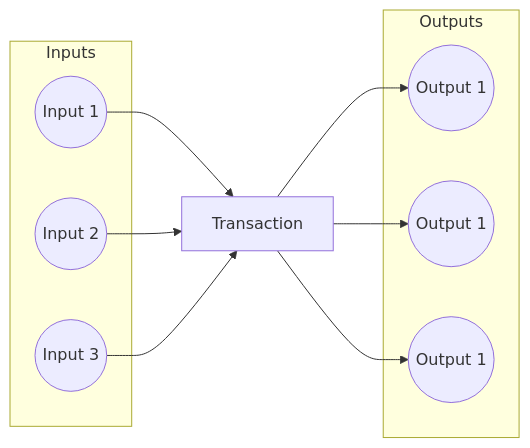
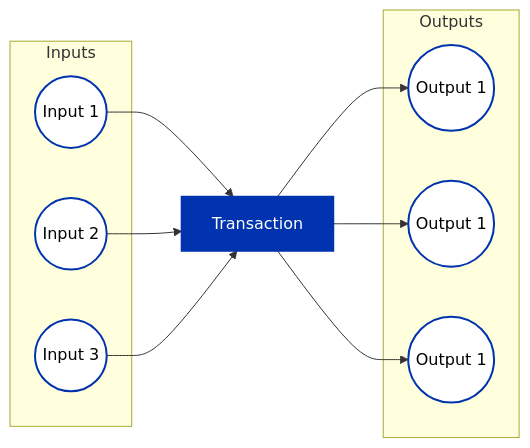
Before and after one commit to cardano-foundation/developer-portal: the second of 2 diagrams in docs/smart-contracts/advanced/design-patterns/utxo-indexers.md, drawn with Mermaid. The commit also changed other lines of this file and 14 other files, not shown here.

Commit message:
cardano unified color scheme for mermaid diagrams

````diff
--- a/docs/smart-contracts/advanced/design-patterns/utxo-indexers.md
+++ b/docs/smart-contracts/advanced/design-patterns/utxo-indexers.md
@@ -266,20 +271,25 @@
 ```mermaid
 graph LR
     TX[Transaction]
     subgraph Inputs
     I1((Input 1))
     I2((Input 2))
     I3((Input 3))
     end
     subgraph Outputs
     O1((Output 1))
     O2((Output 1))
     O3((Output 1))
     end
     I1 --> TX
     I2 --> TX
     I3 --> TX
     TX --> O1
     TX --> O2
     TX --> O3
+
+    classDef emphasized fill:#0033AD,stroke:#0033AD,stroke-width:2px,color:#FFFFFF
+    classDef regular fill:#FFFFFF,stroke:#0033AD,stroke-width:2px,color:#000000
+    class TX emphasized
+    class I1,I2,I3,O1,O2,O3 regular
 ```
````
